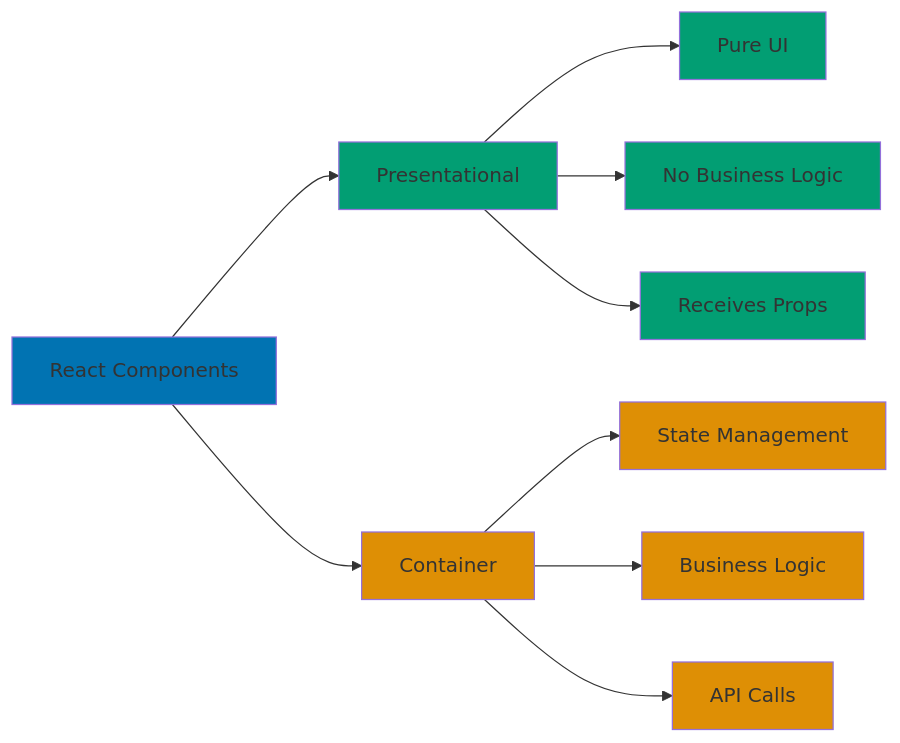
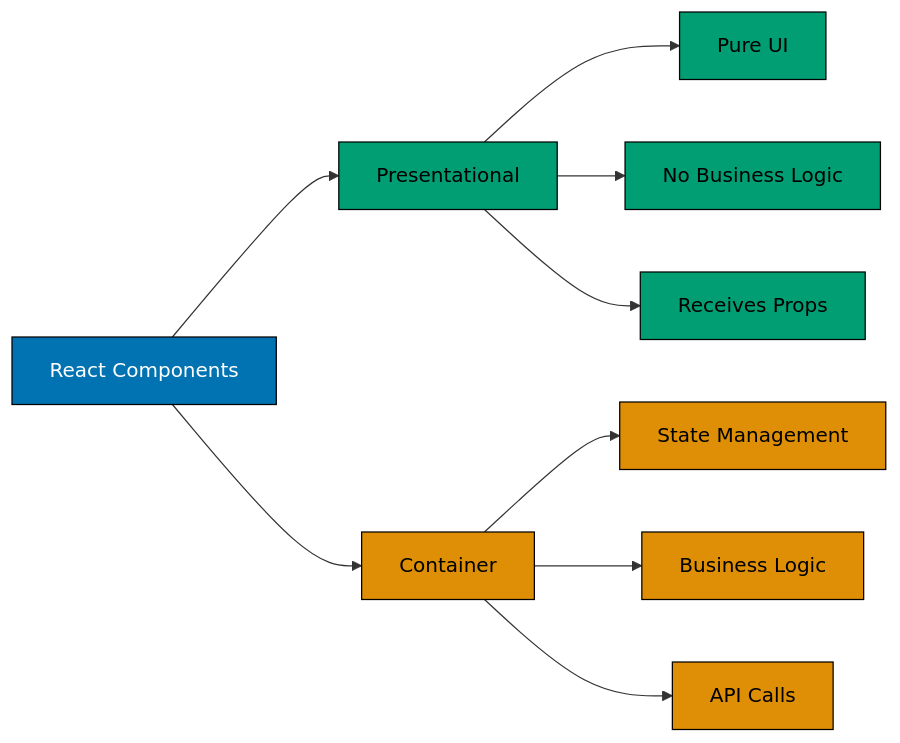
Before and after one commit to wahidyankf/ose-public: the first of 2 diagrams in docs/explanation/software-engineering/platform-web/tools/fe-react/component-architecture.md, drawn with Mermaid. The commit also changed other lines of this file and 57 other files, not shown here.

First line of the commit message:
docs(diagrams): make docs diagrams accessible

````diff
--- a/docs/explanation/software-engineering/platform-web/tools/fe-react/component-architecture.md
+++ b/docs/explanation/software-engineering/platform-web/tools/fe-react/component-architecture.md
@@ -47,26 +47,25 @@
 ```mermaid
 %% Color Palette: Blue #0173B2, Orange #DE8F05, Teal #029E73, Purple #CC78BC
 %% All colors are color-blind friendly and meet WCAG AA contrast standards
 
 graph LR
+    accTitle: Component Types
+    accDescr: React Components leads to Presentational; React Components leads to Container; Presentational leads to Pure UI; Presentational leads to No Business Logic; Presentational leads to Receives Props; Container leads to State Management; and 2 more links.
     A[React Components] --> B[Presentational]
     A --> C[Container]
 
     B --> E[Pure UI]
     B --> F[No Business Logic]
     B --> G[Receives Props]
 
     C --> H[State Management]
     C --> I[Business Logic]
     C --> J[API Calls]
 
-    style A fill:#0173B2
-    style B fill:#029E73
-    style C fill:#DE8F05
-    style E fill:#029E73
-    style F fill:#029E73
-    style G fill:#029E73
-    style H fill:#DE8F05
-    style I fill:#DE8F05
-    style J fill:#DE8F05
+    classDef blue fill:#0173B2,stroke:#000000,color:#FFFFFF
+    classDef teal fill:#029E73,stroke:#000000,color:#000000
+    classDef orange fill:#DE8F05,stroke:#000000,color:#000000
+    class A blue
+    class B,E,F,G teal
+    class C,H,I,J orange
 ```
````
